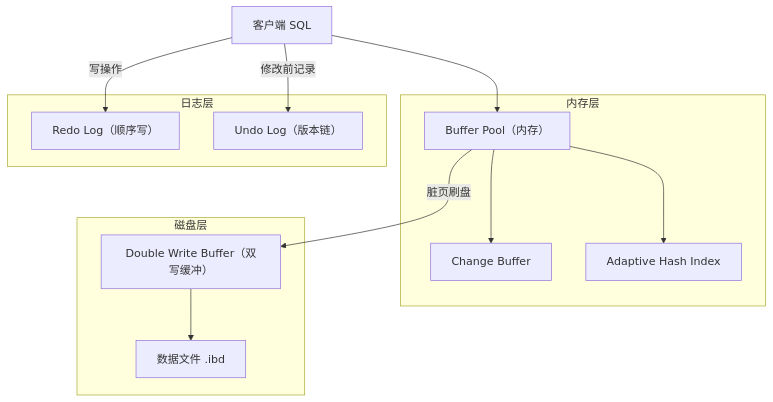
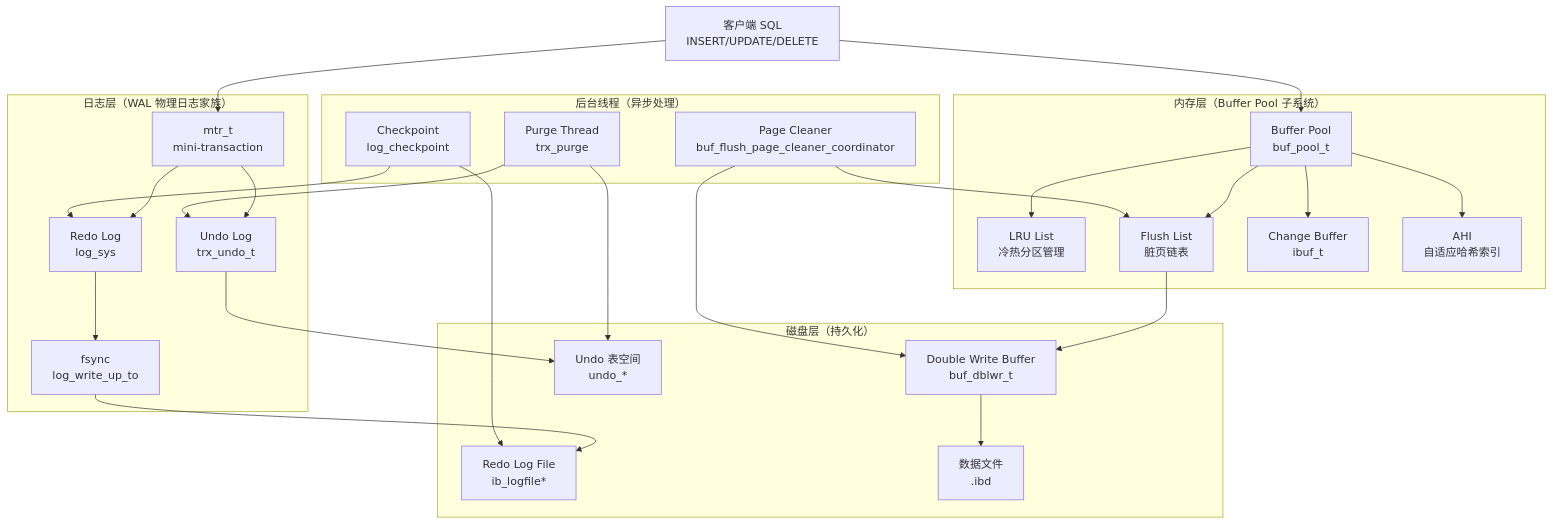
Before and after one commit to b1tzer/b1tzer.github.io: the first of 5 diagrams in docs/03-mysql/06-InnoDB存储引擎深度剖析.md, drawn with Mermaid. The commit also changed other lines of this file and 13 other files, not shown here.

Commit message:
feat: 增补多文档图示与踩坑案例，优化结构与表述

````diff
--- a/docs/03-mysql/06-InnoDB存储引擎深度剖析.md
+++ b/docs/03-mysql/06-InnoDB存储引擎深度剖析.md
@@ -60,23 +82,35 @@
 ```mermaid
 flowchart TB
-    Client["客户端 SQL"] --> BP["Buffer Pool（内存）"]
+    Client["客户端 SQL<br/>INSERT/UPDATE/DELETE"] --> MTR["mtr_t<br/>mini-transaction"]
 
-    subgraph 内存层
-        BP --> CP["Change Buffer"]
-        BP --> AHI["Adaptive Hash Index"]
+    subgraph "内存层（Buffer Pool 子系统）"
+        BP["Buffer Pool<br/>buf_pool_t"] --> LRU["LRU List<br/>冷热分区管理"]
+        BP --> FLUSH["Flush List<br/>脏页链表"]
+        BP --> CB["Change Buffer<br/>ibuf_t"]
+        BP --> AHI["AHI<br/>自适应哈希索引"]
     end
 
-    subgraph 日志层
-        RL["Redo Log（顺序写）"]
-        UL["Undo Log（版本链）"]
+    subgraph "日志层（WAL 物理日志家族）"
+        MTR --> LOG["Redo Log<br/>log_sys"]
+        MTR --> UNDO["Undo Log<br/>trx_undo_t"]
+        LOG --> FS["fsync<br/>log_write_up_to"]
     end
 
-    subgraph 磁盘层
-        DF["数据文件 .ibd"]
-        DW["Double Write Buffer（双写缓冲）"]
+    subgraph "磁盘层（持久化）"
+        FS --> RLF["Redo Log File<br/>ib_logfile*"]
+        FLUSH --> DWB["Double Write Buffer<br/>buf_dblwr_t"]
+        DWB --> DF["数据文件<br/>.ibd"]
+        UNDO --> UDF["Undo 表空间<br/>undo_*"]
     end
 
-    BP -->|脏页刷盘| DW --> DF
-    Client -->|写操作| RL
-    Client -->|修改前记录| UL
+    subgraph "后台线程（异步处理）"
+        PC["Page Cleaner<br/>buf_flush_page_cleaner_coordinator"] --> FLUSH
+        PURGE["Purge Thread<br/>trx_purge"] --> UNDO
+        CKPT["Checkpoint<br/>log_checkpoint"] --> LOG
+    end
+
+    Client --> BP
+    PC --> DWB
+    PURGE --> UDF
+    CKPT --> RLF
 ```
````
